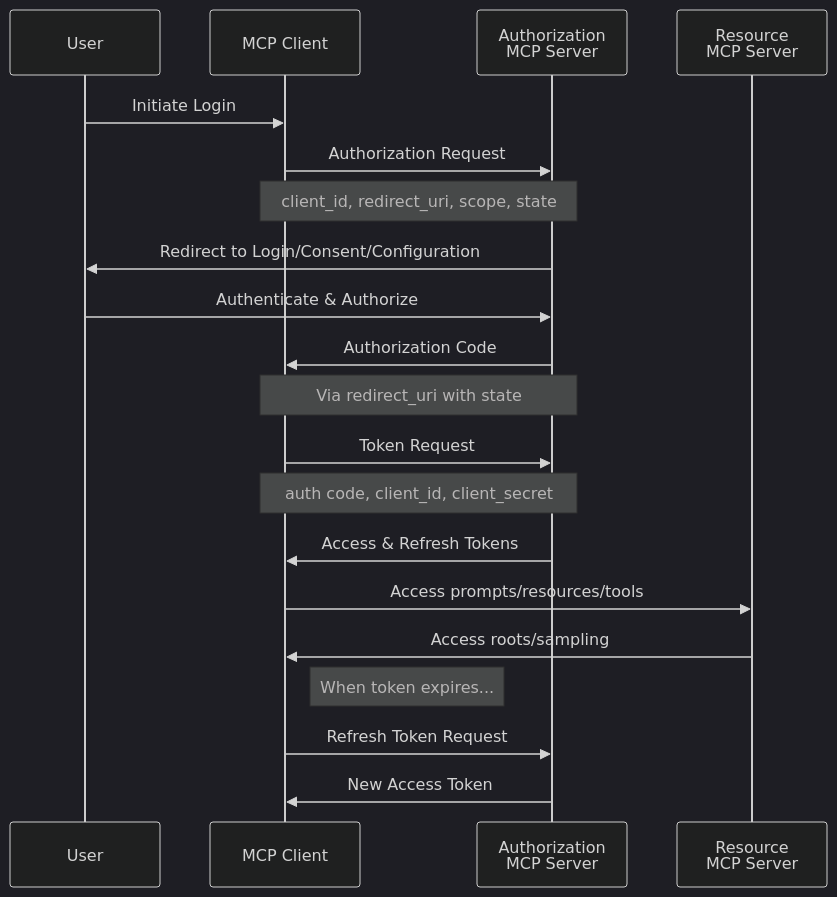
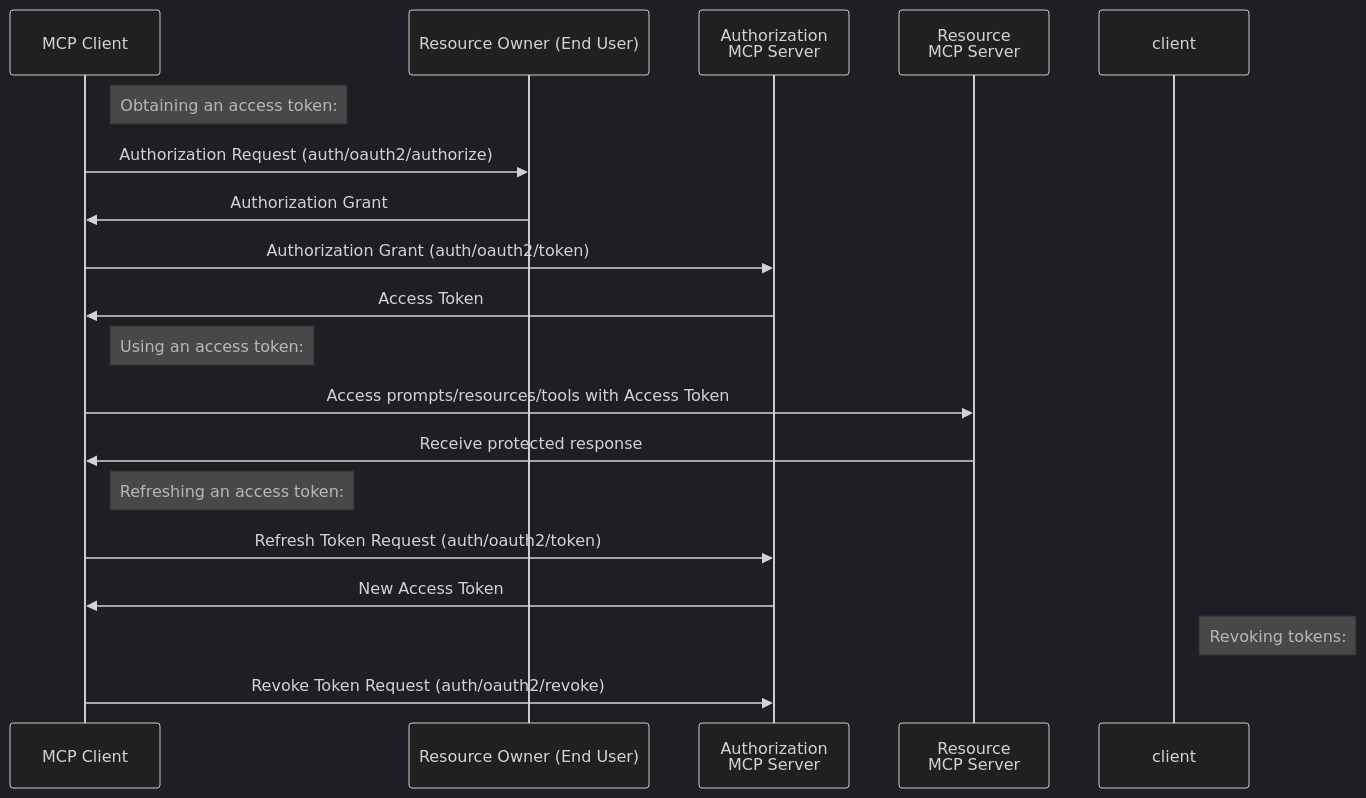
The diagram in docs/specification/auth/oauth2.md (modelcontextprotocol/specification), drawn with Mermaid (dark theme) before and after one commit. The commit also changed other lines of this file and 2 other files, not shown here.

````diff
--- a/docs/specification/auth/oauth2.md
+++ b/docs/specification/auth/oauth2.md
@@ -17,24 +18,25 @@
 ```mermaid
 sequenceDiagram
-    participant User
     participant Client as MCP Client
+    participant User as Resource Owner (End User)
     participant AuthServer as Authorization<br> MCP Server
     participant Resource as Resource<br>MCP Server
 
-    User->>Client: Initiate Login
-    Client->>AuthServer: Authorization Request
-    Note over Client,AuthServer: client_id, redirect_uri, scope, state
-    AuthServer->>User: Redirect to Login/Consent/Configuration
-    User->>AuthServer: Authenticate & Authorize
-    AuthServer->>Client: Authorization Code
-    Note over AuthServer,Client: Via redirect_uri with state
-    Client->>AuthServer: Token Request
-    Note over Client,AuthServer: auth code, client_id, client_secret
-    AuthServer->>Client: Access & Refresh Tokens
-    Client->>Resource: Access prompts/resources/tools
-    Resource->>Client: Access roots/sampling
+    Note right of Client: Obtaining an access token:
+    Client->>User: Authorization Request (auth/oauth2/authorize)
+    User->>Client: Authorization Grant
+    Client->>AuthServer: Authorization Grant (auth/oauth2/token)
+    AuthServer->>Client: Access Token
+
+    Note right of Client: Using an access token:
+    Client->>Resource: Access prompts/resources/tools with Access Token
+    Resource->>Client: Receive protected response
     
-    Note right of Client: When token expires...
-    Client->>AuthServer: Refresh Token Request
+
+    Note right of Client: Refreshing an access token:
+    Client->>AuthServer: Refresh Token Request (auth/oauth2/token)
     AuthServer->>Client: New Access Token
+
+    Note right of client: Revoking tokens:
+    Client->>AuthServer: Revoke Token Request (auth/oauth2/revoke)
 ```
````
